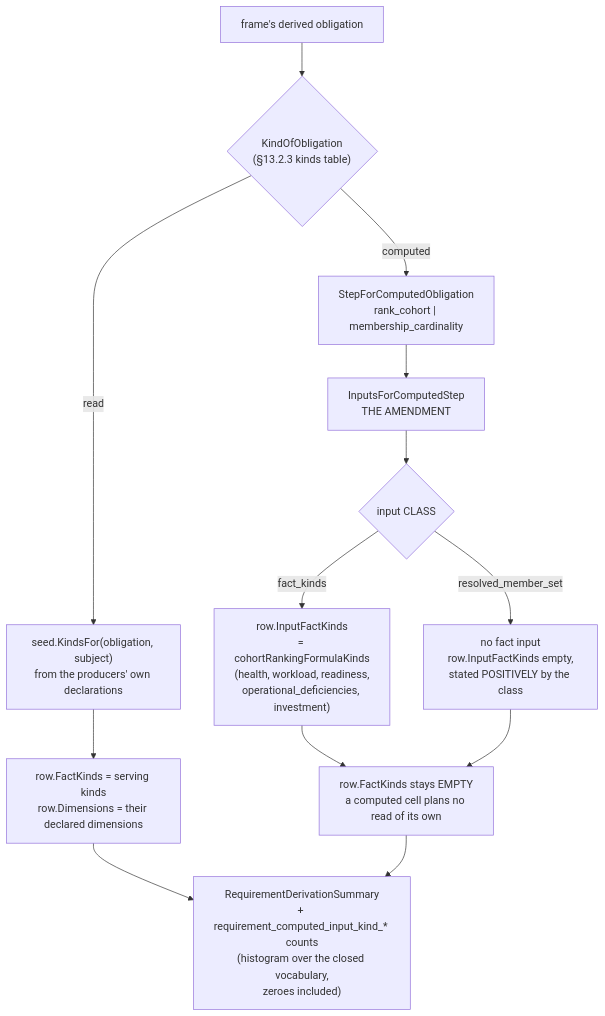
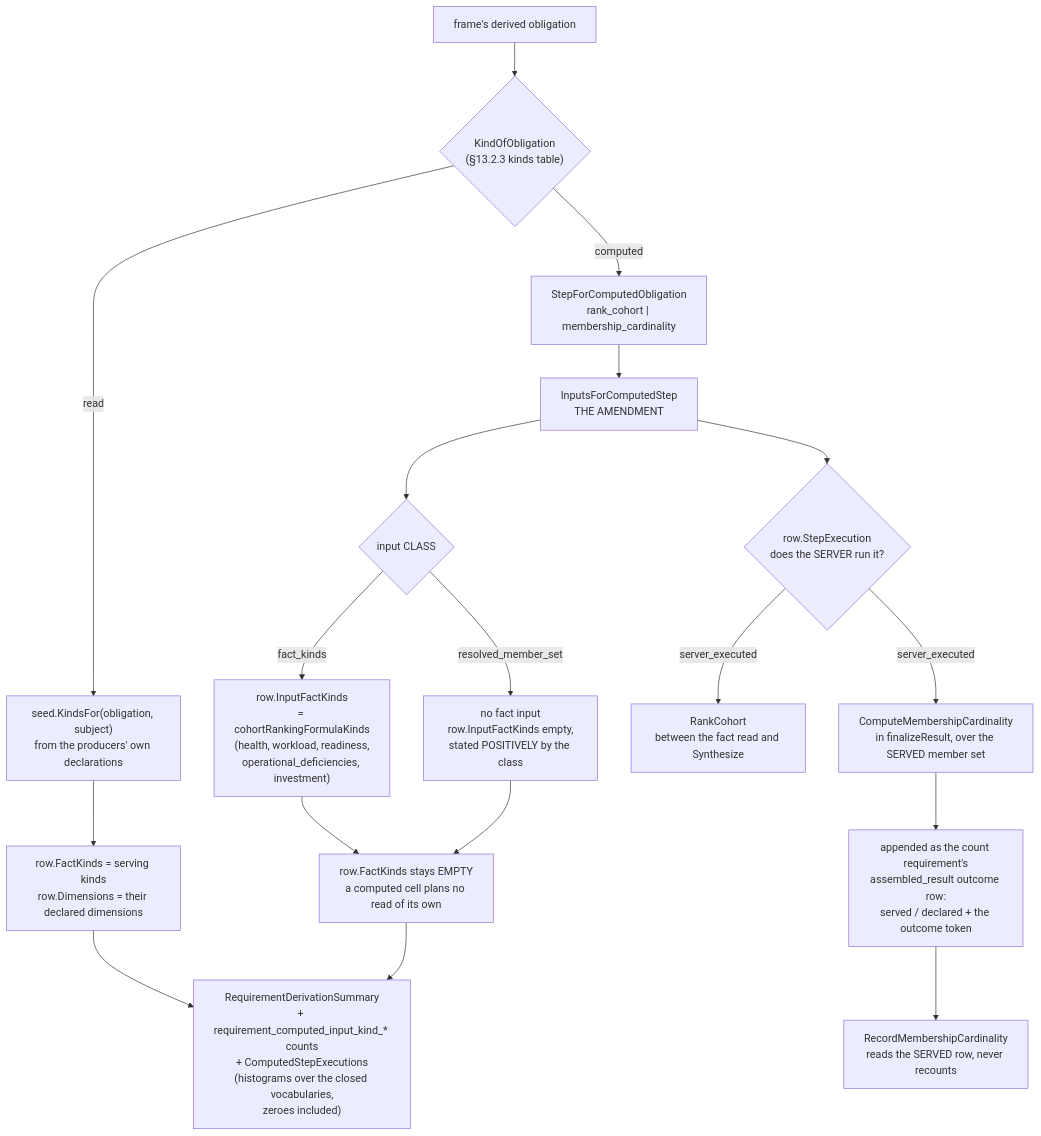
Before and after one commit to full-chaos/dev-health-acr: diagram 17 of 17 in docs/design/context-fabric-architecture-diagrams.md, drawn with Mermaid. The commit also changed other lines of this file and 13 other files, not shown here.

````diff
--- a/docs/design/context-fabric-architecture-diagrams.md
+++ b/docs/design/context-fabric-architecture-diagrams.md
@@ -1840,18 +1850,24 @@
 ```mermaid
 flowchart TB
     OB["frame's derived obligation"] --> K{"KindOfObligation<br/>(§13.2.3 kinds table)"}
 
     K -- read --> R1["seed.KindsFor(obligation, subject)<br/>from the producers' own declarations"]
     R1 --> RR["row.FactKinds = serving kinds<br/>row.Dimensions = their declared dimensions"]
 
     K -- computed --> S["StepForComputedObligation<br/>rank_cohort | membership_cardinality"]
     S --> I["InputsForComputedStep<br/>THE AMENDMENT"]
     I --> IC{"input CLASS"}
     IC -- fact_kinds --> IK["row.InputFactKinds<br/>= cohortRankingFormulaKinds<br/>(health, workload, readiness,<br/>operational_deficiencies, investment)"]
     IC -- resolved_member_set --> IN["no fact input<br/>row.InputFactKinds empty,<br/>stated POSITIVELY by the class"]
     IK --> CR["row.FactKinds stays EMPTY<br/>a computed cell plans no read of its own"]
     IN --> CR
 
-    RR --> T["RequirementDerivationSummary<br/>+ requirement_computed_input_kind_* counts<br/>(histogram over the closed vocabulary,<br/>zeroes included)"]
+    I --> EX{"row.StepExecution<br/>does the SERVER run it?"}
+    EX -- server_executed --> XR["RankCohort<br/>between the fact read and Synthesize"]
+    EX -- server_executed --> XC["ComputeMembershipCardinality<br/>in finalizeResult, over the SERVED member set"]
+    XC --> OUT["appended as the count requirement's<br/>assembled_result outcome row:<br/>served / declared + the outcome token"]
+    OUT --> TEL["RecordMembershipCardinality<br/>reads the SERVED row, never recounts"]
+
+    RR --> T["RequirementDerivationSummary<br/>+ requirement_computed_input_kind_* counts<br/>+ ComputedStepExecutions<br/>(histograms over the closed vocabularies,<br/>zeroes included)"]
     CR --> T
 ```
````
